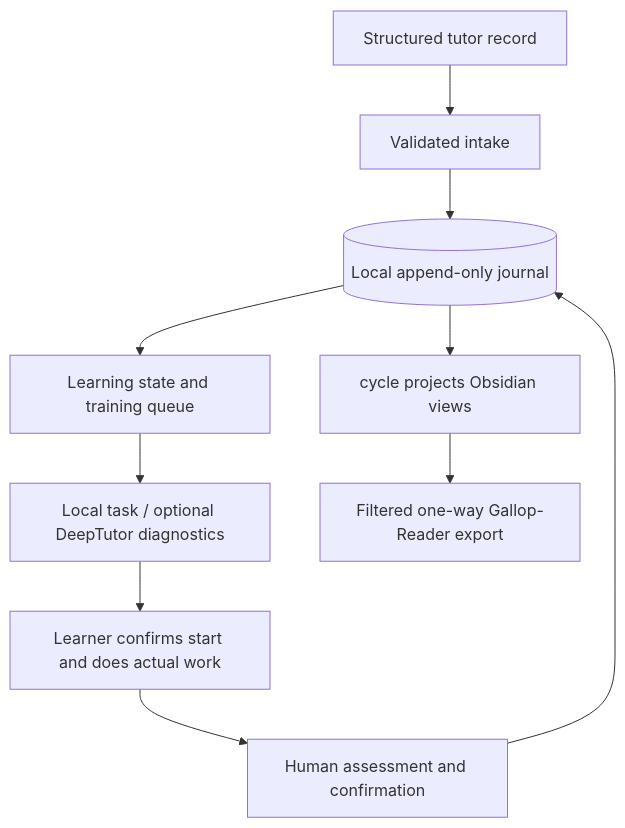
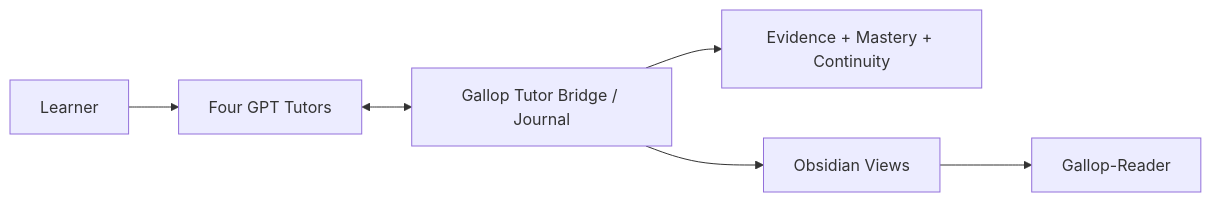
Before and after one commit to lucaschang2021/gallop: the diagram in README.en.md, drawn with Mermaid. The commit also changed other lines of this file, not shown here.

Commit message:
docs: align English README with Gallop v1.2 daily-use baseline

````diff
--- a/README.en.md
+++ b/README.en.md
@@ -87,12 +49,8 @@
 ```mermaid
-flowchart TD
-    T[Structured tutor record] --> I[Validated intake]
-    I --> E[(Local append-only journal)]
-    E --> S[Learning state and training queue]
-    S --> P[Local task / optional DeepTutor diagnostics]
-    P --> H[Learner confirms start and does actual work]
-    H --> A[Human assessment and confirmation]
-    A --> E
-    E --> V[cycle projects Obsidian views]
-    V --> R[Filtered one-way Gallop-Reader export]
+flowchart LR
+    U[Learner] --> T[Four GPT Tutors]
+    T <--> G[Gallop Tutor Bridge / Journal]
+    G --> E[Evidence + Mastery + Continuity]
+    G --> O[Obsidian Views]
+    O --> R[Gallop-Reader]
 ```
````
